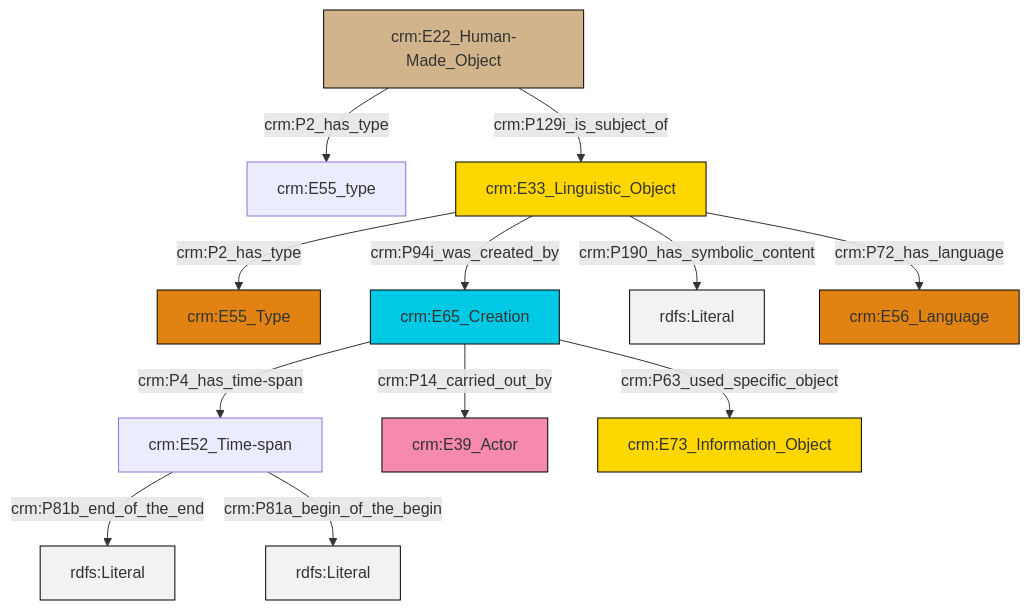
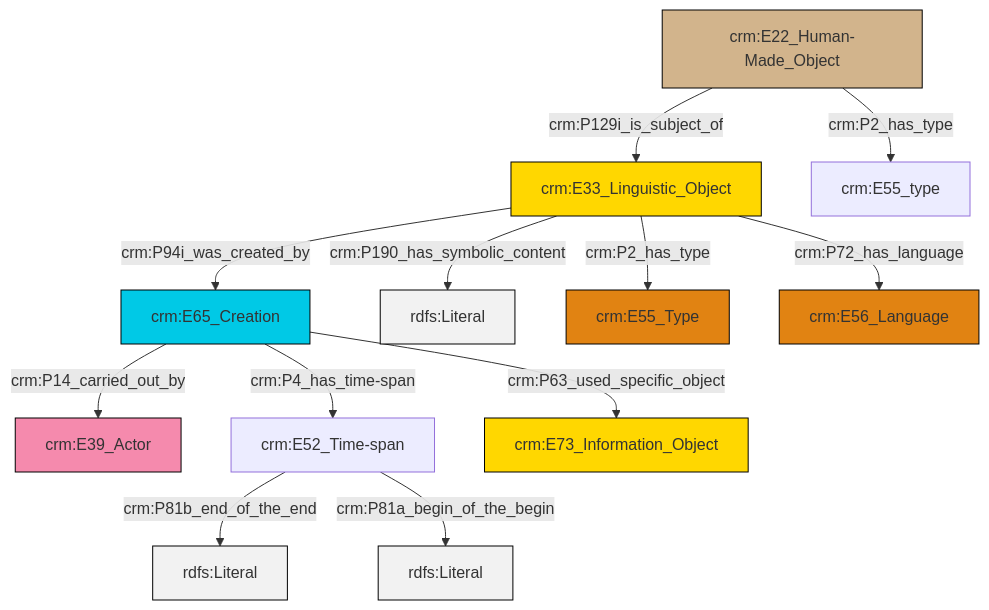
The diagram in et/artworkCSV/ttl/mmd/Artwork_Description.ttl.mmd (swiss-art-research-net/reference-data-models), drawn with Mermaid before and after one commit. The commit also changed 127 other files, not shown here.

```diff
--- a/et/artworkCSV/ttl/mmd/Artwork_Description.ttl.mmd
+++ b/et/artworkCSV/ttl/mmd/Artwork_Description.ttl.mmd
@@ -1,26 +1,26 @@
 graph TD
 classDef Literal fill:#f2f2f2,stroke:#000000;
 classDef CRM_Entity fill:#FFFFFF,stroke:#000000;
 classDef Temporal_Entity fill:#00C9E6, stroke:#000000;
 classDef Type fill:#E18312, stroke:#000000;
 classDef Time-Span fill:#2C9C91, stroke:#000000;
 classDef Appellation fill:#FFEB7F, stroke:#000000;
 classDef Place fill:#008836, stroke:#000000;
 classDef Persistent_Item fill:#B266B2, stroke:#000000;
 classDef Conceptual_Object fill:#FFD700, stroke:#000000;
 classDef Physical_Thing fill:#D2B48C, stroke:#000000;
 classDef Actor fill:#f58aad, stroke:#000000;
 classDef PC_Classes fill:#4ce600, stroke:#000000;
 classDef Multi fill:#cccccc,stroke:#000000;
 
-4["crm:E52_Time-span"]:::Default -->|crm:P81b_end_of_the_end| 5[rdfs:Literal]:::Literal
-10["crm:E33_Linguistic_Object"]:::Conceptual_Object -->|crm:P190_has_symbolic_content| 11[rdfs:Literal]:::Literal
-8["crm:E22_Human-Made_Object"]:::Physical_Thing -->|crm:P129i_is_subject_of| 10["crm:E33_Linguistic_Object"]:::Conceptual_Object
-2["crm:E65_Creation"]:::Temporal_Entity -->|crm:P4_has_time-span| 4["crm:E52_Time-span"]:::Default
-2["crm:E65_Creation"]:::Temporal_Entity -->|crm:P14_carried_out_by| 12["crm:E39_Actor"]:::Actor
-4["crm:E52_Time-span"]:::Default -->|crm:P81a_begin_of_the_begin| 16[rdfs:Literal]:::Literal
-8["crm:E22_Human-Made_Object"]:::Physical_Thing -->|crm:P2_has_type| 6["crm:E55_type"]:::Default
-2["crm:E65_Creation"]:::Temporal_Entity -->|crm:P63_used_specific_object| 14["crm:E73_Information_Object"]:::Conceptual_Object
-10["crm:E33_Linguistic_Object"]:::Conceptual_Object -->|crm:P2_has_type| 0["crm:E55_Type"]:::Type
-10["crm:E33_Linguistic_Object"]:::Conceptual_Object -->|crm:P94i_was_created_by| 2["crm:E65_Creation"]:::Temporal_Entity
-10["crm:E33_Linguistic_Object"]:::Conceptual_Object -->|crm:P72_has_language| 18["crm:E56_Language"]:::Type
+2["crm:E65_Creation"]:::Temporal_Entity -->|crm:P4_has_time-span| 3["crm:E52_Time-span"]:::Default
+8["crm:E22_Human-Made_Object"]:::Physical_Thing -->|crm:P2_has_type| 9["crm:E55_type"]:::Default
+6["crm:E33_Linguistic_Object"]:::Conceptual_Object -->|crm:P190_has_symbolic_content| 10[rdfs:Literal]:::Literal
+2["crm:E65_Creation"]:::Temporal_Entity -->|crm:P14_carried_out_by| 0["crm:E39_Actor"]:::Actor
+8["crm:E22_Human-Made_Object"]:::Physical_Thing -->|crm:P129i_is_subject_of| 6["crm:E33_Linguistic_Object"]:::Conceptual_Object
+6["crm:E33_Linguistic_Object"]:::Conceptual_Object -->|crm:P94i_was_created_by| 2["crm:E65_Creation"]:::Temporal_Entity
+3["crm:E52_Time-span"]:::Default -->|crm:P81b_end_of_the_end| 16[rdfs:Literal]:::Literal
+2["crm:E65_Creation"]:::Temporal_Entity -->|crm:P63_used_specific_object| 4["crm:E73_Information_Object"]:::Conceptual_Object
+6["crm:E33_Linguistic_Object"]:::Conceptual_Object -->|crm:P72_has_language| 18["crm:E56_Language"]:::Type
+3["crm:E52_Time-span"]:::Default -->|crm:P81a_begin_of_the_begin| 20[rdfs:Literal]:::Literal
+6["crm:E33_Linguistic_Object"]:::Conceptual_Object -->|crm:P2_has_type| 11["crm:E55_Type"]:::Type
```
